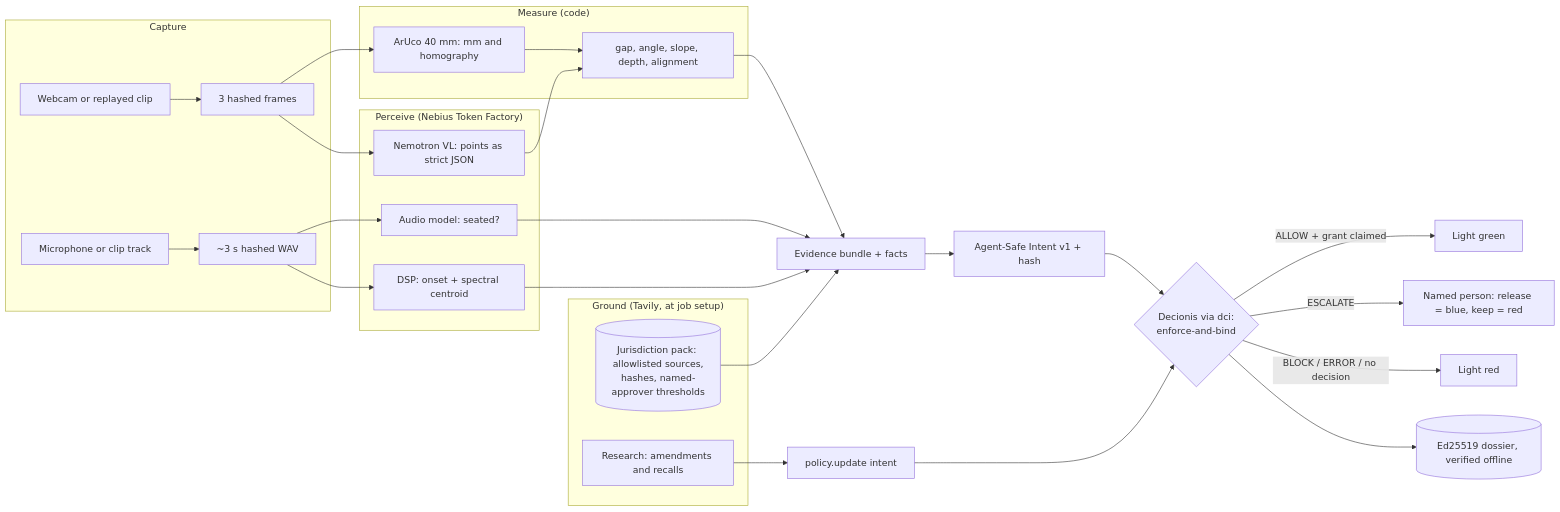
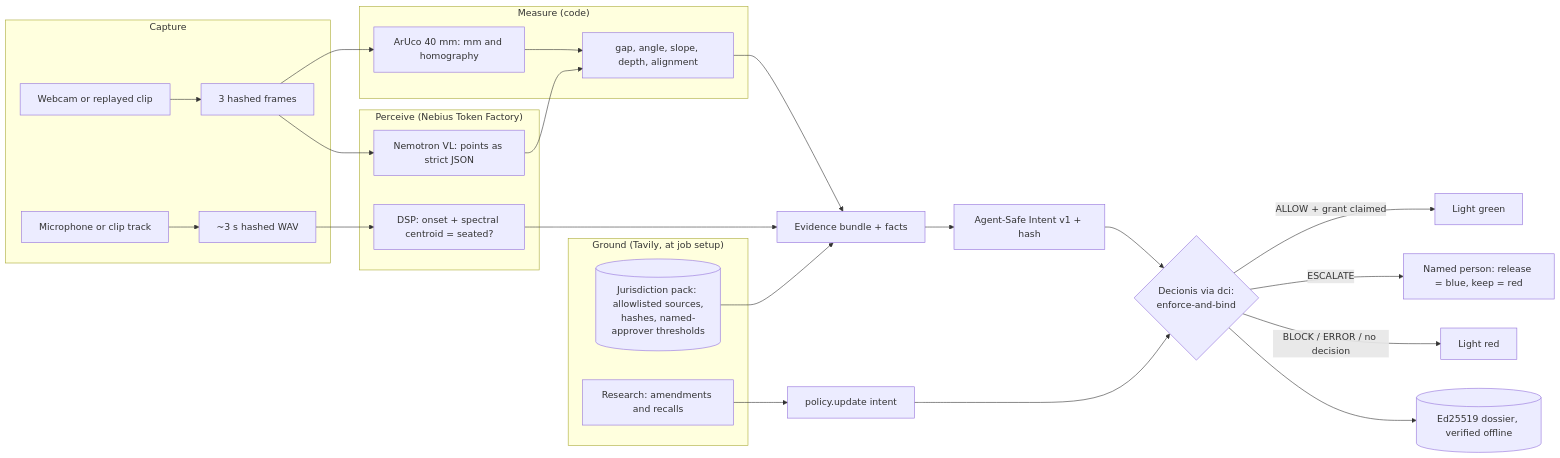
One commit to ocularminds/sitework changed the diagram in README.md. Above: the diagram before and after it, drawn with Mermaid. The commit also changed other lines of this file and 5 other files, not shown here.

````diff
--- a/README.md
+++ b/README.md
@@ -161,36 +163,33 @@
 ```mermaid
 flowchart LR
   subgraph Capture
     cam[Webcam or replayed clip] --> frames[3 hashed frames]
     mic[Microphone or clip track] --> audio[~3 s hashed WAV]
   end
   subgraph Perceive["Perceive (Nebius Token Factory)"]
     vlm[Nemotron VL: points as strict JSON]
-    ear[Audio model: seated?]
-    dsp[DSP: onset + spectral centroid]
+    dsp[DSP: onset + spectral centroid = seated?]
   end
   subgraph Measure["Measure (code)"]
     fid[ArUco 40 mm: mm and homography]
     geo[gap, angle, slope, depth, alignment]
   end
   subgraph Ground["Ground (Tavily, at job setup)"]
     pack[(Jurisdiction pack: allowlisted sources,<br/>hashes, named-approver thresholds)]
     watch[Research: amendments and recalls]
   end
   frames --> fid --> geo
   frames --> vlm --> geo
-  audio --> ear
   audio --> dsp
   geo --> ev[Evidence bundle + facts]
-  ear --> ev
   dsp --> ev
   pack --> ev
   ev --> intent[Agent-Safe Intent v1 + hash]
   watch --> upd[policy.update intent]
   intent --> gate{Decionis via dci:<br/>enforce-and-bind}
   upd --> gate
   gate -->|ALLOW + grant claimed| green[Light green]
   gate -->|ESCALATE| person[Named person: release = blue, keep = red]
   gate -->|BLOCK / ERROR / no decision| red[Light red]
   gate --> dossier[(Ed25519 dossier, verified offline)]
 ```
````
